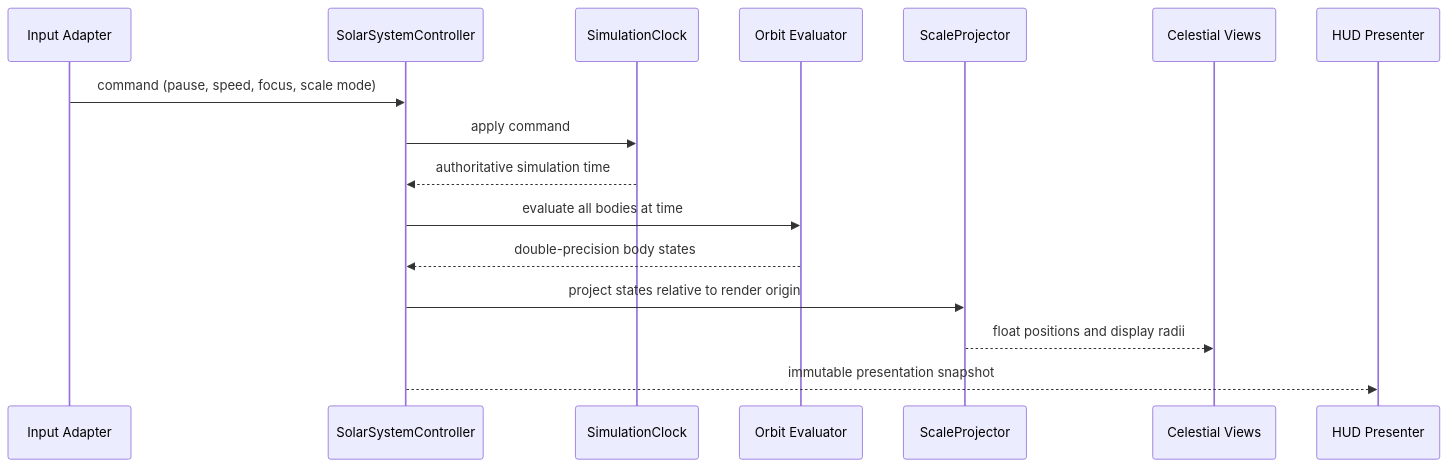
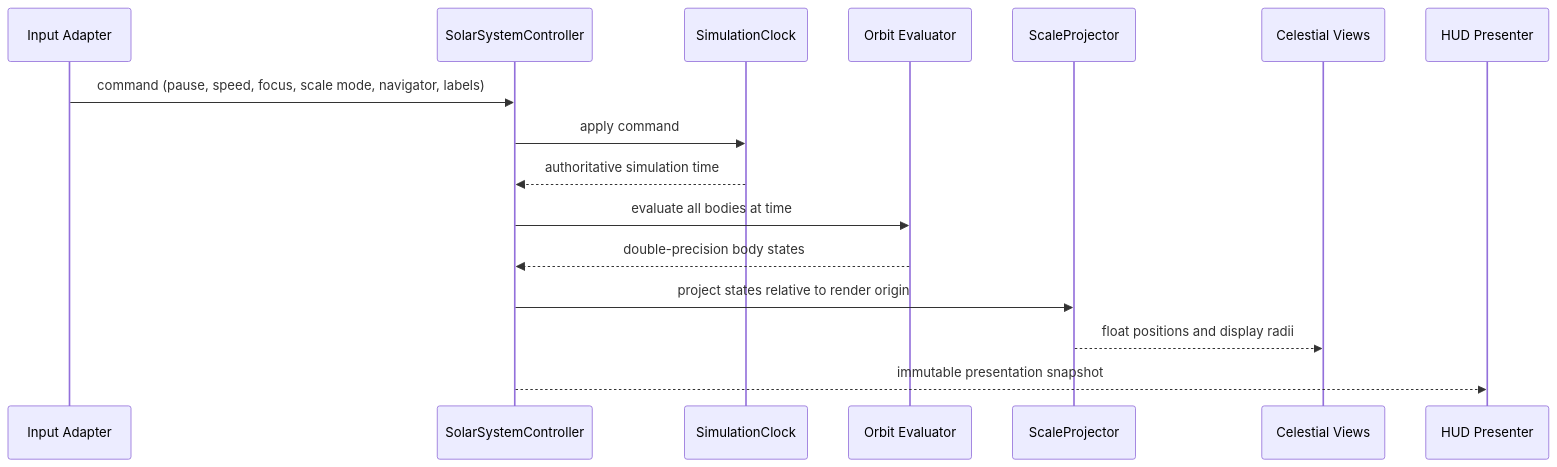
Before and after one commit to TanvirAhmedArnab/SolarSystem: the third of 4 diagrams in Docs/Technical/TDD.md, drawn with Mermaid. The commit also changed other lines of this file and 25 other files, not shown here.

First line of the commit message:
feat(ui): add celestial navigator and world labels

````diff
--- a/Docs/Technical/TDD.md
+++ b/Docs/Technical/TDD.md
@@ -172,19 +173,19 @@
 ```mermaid
 sequenceDiagram
     participant Input as Input Adapter
     participant App as SolarSystemController
     participant Clock as SimulationClock
     participant Core as Orbit Evaluator
     participant Scale as ScaleProjector
     participant View as Celestial Views
     participant UI as HUD Presenter
 
-    Input->>App: command (pause, speed, focus, scale mode)
+    Input->>App: command (pause, speed, focus, scale mode, navigator, labels)
     App->>Clock: apply command
     Clock-->>App: authoritative simulation time
     App->>Core: evaluate all bodies at time
     Core-->>App: double-precision body states
     App->>Scale: project states relative to render origin
     Scale-->>View: float positions and display radii
     App-->>UI: immutable presentation snapshot
 ```
````
